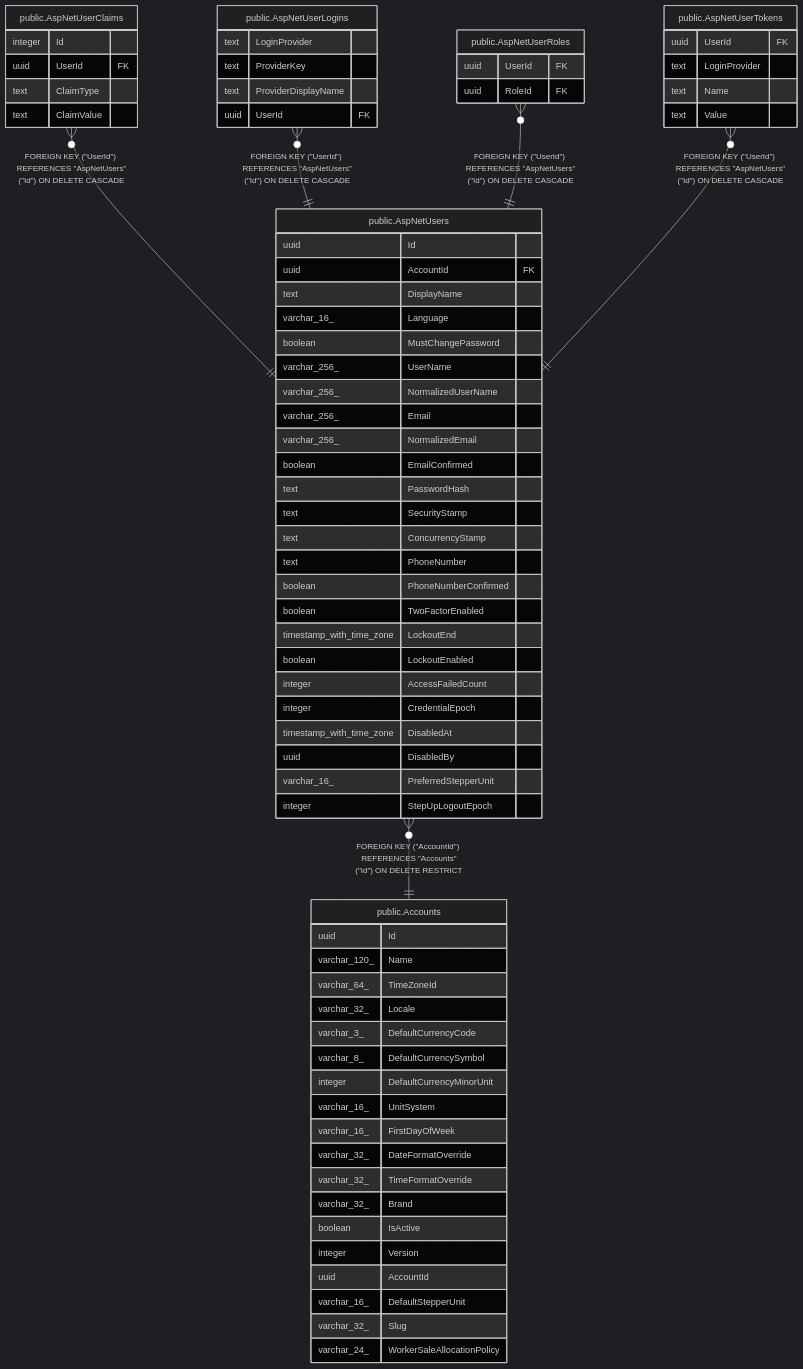
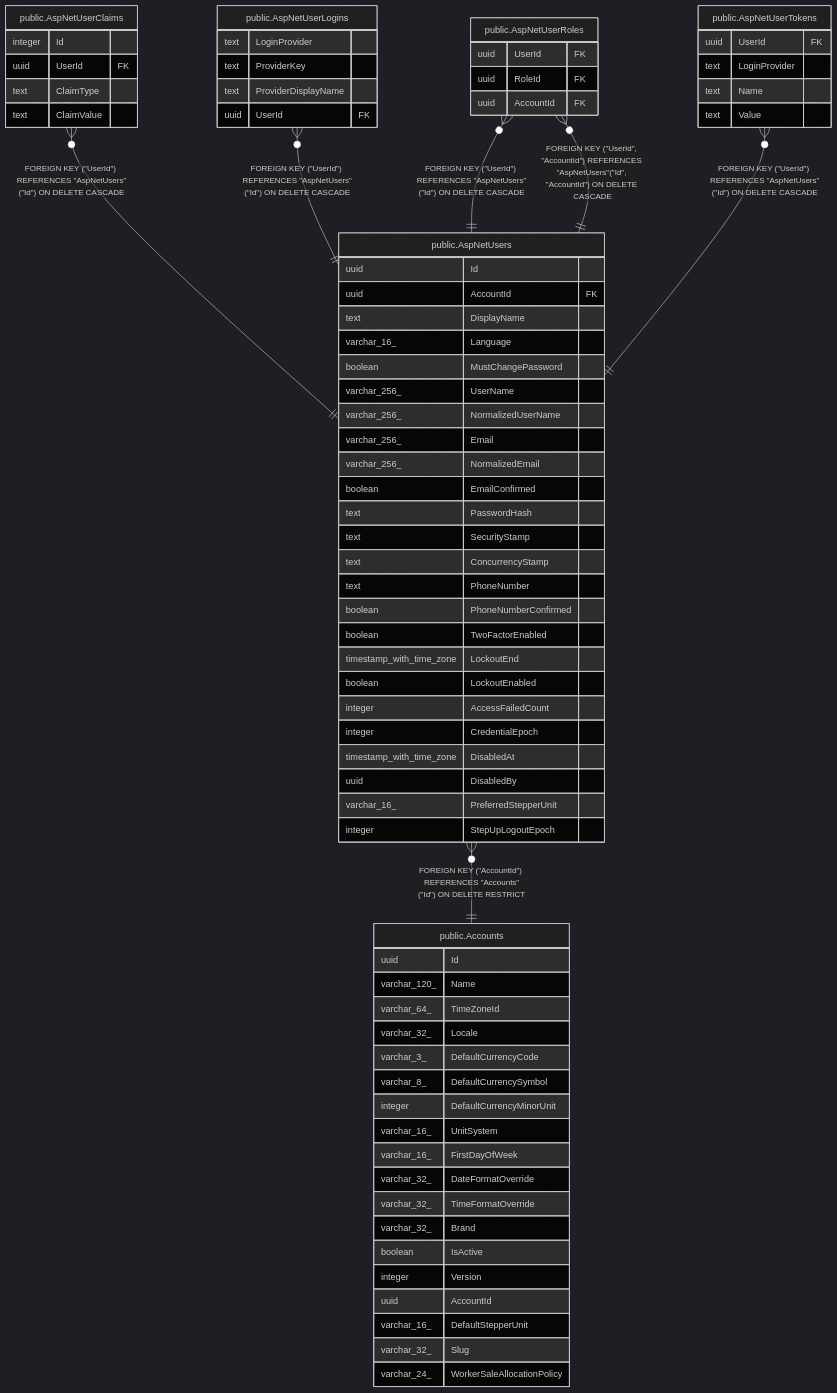
Before and after one commit to mforce/cluckwork: the diagram in docs/schema/public.AspNetUsers.md, drawn with Mermaid (dark theme). The commit also changed other lines of this file and 23 other files, not shown here.

First line of the commit message:
fix(tenancy): AspNetUserRoles carries a tenant column, so a role write naming another farm's user is refused (#670)

````diff
--- a/docs/schema/public.AspNetUsers.md
+++ b/docs/schema/public.AspNetUsers.md
@@ -69,78 +71,80 @@
 ```mermaid
 erDiagram
 
 "public.AspNetUserClaims" }o--|| "public.AspNetUsers" : "FOREIGN KEY (#quot;UserId#quot;) REFERENCES #quot;AspNetUsers#quot;(#quot;Id#quot;) ON DELETE CASCADE"
 "public.AspNetUserLogins" }o--|| "public.AspNetUsers" : "FOREIGN KEY (#quot;UserId#quot;) REFERENCES #quot;AspNetUsers#quot;(#quot;Id#quot;) ON DELETE CASCADE"
 "public.AspNetUserRoles" }o--|| "public.AspNetUsers" : "FOREIGN KEY (#quot;UserId#quot;) REFERENCES #quot;AspNetUsers#quot;(#quot;Id#quot;) ON DELETE CASCADE"
+"public.AspNetUserRoles" }o--|| "public.AspNetUsers" : "FOREIGN KEY (#quot;UserId#quot;, #quot;AccountId#quot;) REFERENCES #quot;AspNetUsers#quot;(#quot;Id#quot;, #quot;AccountId#quot;) ON DELETE CASCADE"
 "public.AspNetUserTokens" }o--|| "public.AspNetUsers" : "FOREIGN KEY (#quot;UserId#quot;) REFERENCES #quot;AspNetUsers#quot;(#quot;Id#quot;) ON DELETE CASCADE"
 "public.AspNetUsers" }o--|| "public.Accounts" : "FOREIGN KEY (#quot;AccountId#quot;) REFERENCES #quot;Accounts#quot;(#quot;Id#quot;) ON DELETE RESTRICT"
 
 "public.AspNetUsers" {
   uuid Id
   uuid AccountId FK
   text DisplayName
   varchar_16_ Language
   boolean MustChangePassword
   varchar_256_ UserName
   varchar_256_ NormalizedUserName
   varchar_256_ Email
   varchar_256_ NormalizedEmail
   boolean EmailConfirmed
   text PasswordHash
   text SecurityStamp
   text ConcurrencyStamp
   text PhoneNumber
   boolean PhoneNumberConfirmed
   boolean TwoFactorEnabled
   timestamp_with_time_zone LockoutEnd
   boolean LockoutEnabled
   integer AccessFailedCount
   integer CredentialEpoch
   timestamp_with_time_zone DisabledAt
   uuid DisabledBy
   varchar_16_ PreferredStepperUnit
   integer StepUpLogoutEpoch
 }
 "public.AspNetUserClaims" {
   integer Id
   uuid UserId FK
   text ClaimType
   text ClaimValue
 }
 "public.AspNetUserLogins" {
   text LoginProvider
   text ProviderKey
   text ProviderDisplayName
   uuid UserId FK
 }
 "public.AspNetUserRoles" {
   uuid UserId FK
   uuid RoleId FK
+  uuid AccountId FK
 }
 "public.AspNetUserTokens" {
   uuid UserId FK
   text LoginProvider
   text Name
   text Value
 }
 "public.Accounts" {
   uuid Id
   varchar_120_ Name
   varchar_64_ TimeZoneId
   varchar_32_ Locale
   varchar_3_ DefaultCurrencyCode
   varchar_8_ DefaultCurrencySymbol
   integer DefaultCurrencyMinorUnit
   varchar_16_ UnitSystem
   varchar_16_ FirstDayOfWeek
   varchar_32_ DateFormatOverride
   varchar_32_ TimeFormatOverride
   varchar_32_ Brand
   boolean IsActive
   integer Version
   uuid AccountId
   varchar_16_ DefaultStepperUnit
   varchar_32_ Slug
   varchar_24_ WorkerSaleAllocationPolicy
 }
 ```
````
